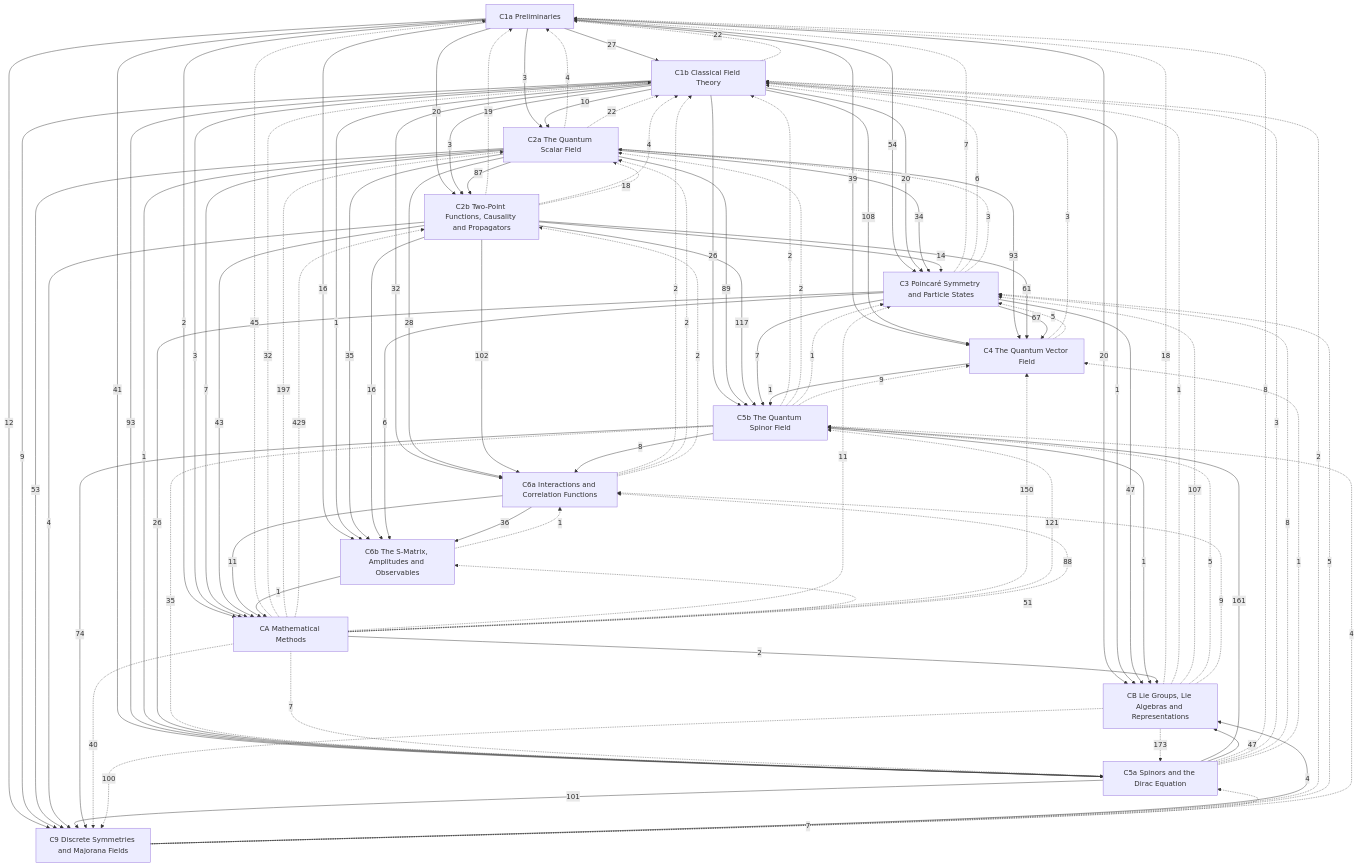
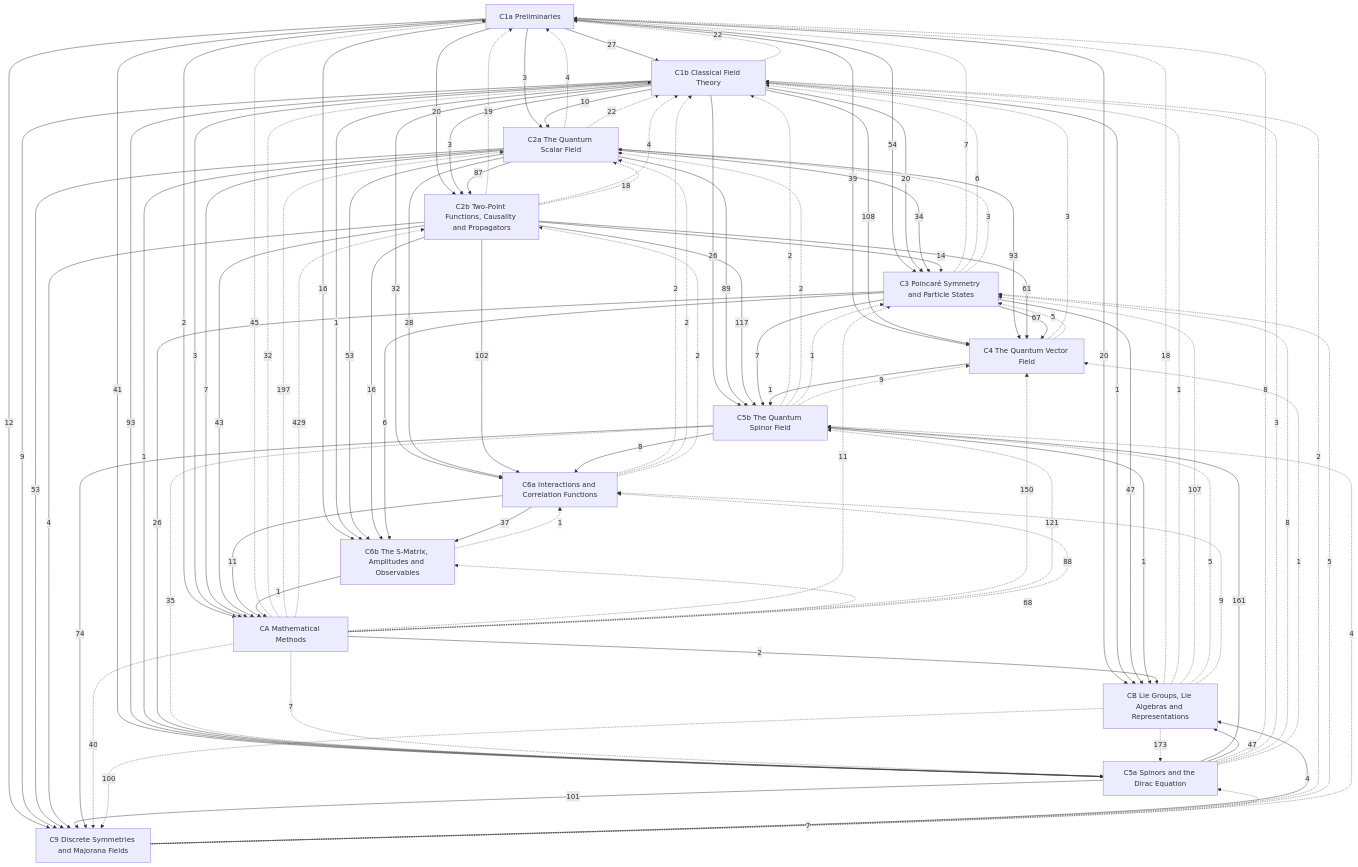
One commit to Onion20040508/notes changed the diagram in Physics/Quantum Field Theory/Quantum Field Theory.md. Above: the diagram before and after it, drawn with Mermaid. The commit also changed other lines of this file and 16 other files, not shown here.

````diff
--- a/Physics/Quantum Field Theory/Quantum Field Theory.md
+++ b/Physics/Quantum Field Theory/Quantum Field Theory.md
@@ -75,10 +75,10 @@
   C5b -->|8| C6a
   C1a -->|16| C6b
   C1b -->|1| C6b
-  C2a -->|35| C6b
+  C2a -->|53| C6b
   C2b -->|16| C6b
   C3 -->|6| C6b
-  C6a -->|36| C6b
+  C6a -->|37| C6b
   C1a -->|12| C9
   C1b -->|9| C9
   C2a -->|53| C9
@@ -141,7 +141,7 @@
   C6b -.->|1| C6a
   CA -.->|88| C6a
   CB -.->|9| C6a
-  CA -.->|51| C6b
+  CA -.->|68| C6b
   CA -.->|40| C9
   CB -.->|100| C9
 ```
````
